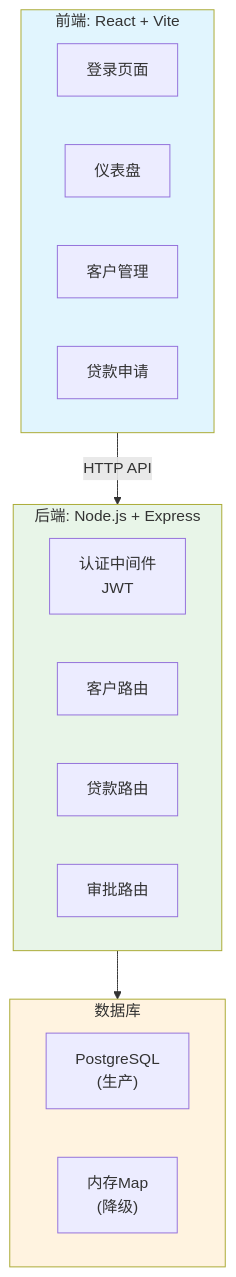
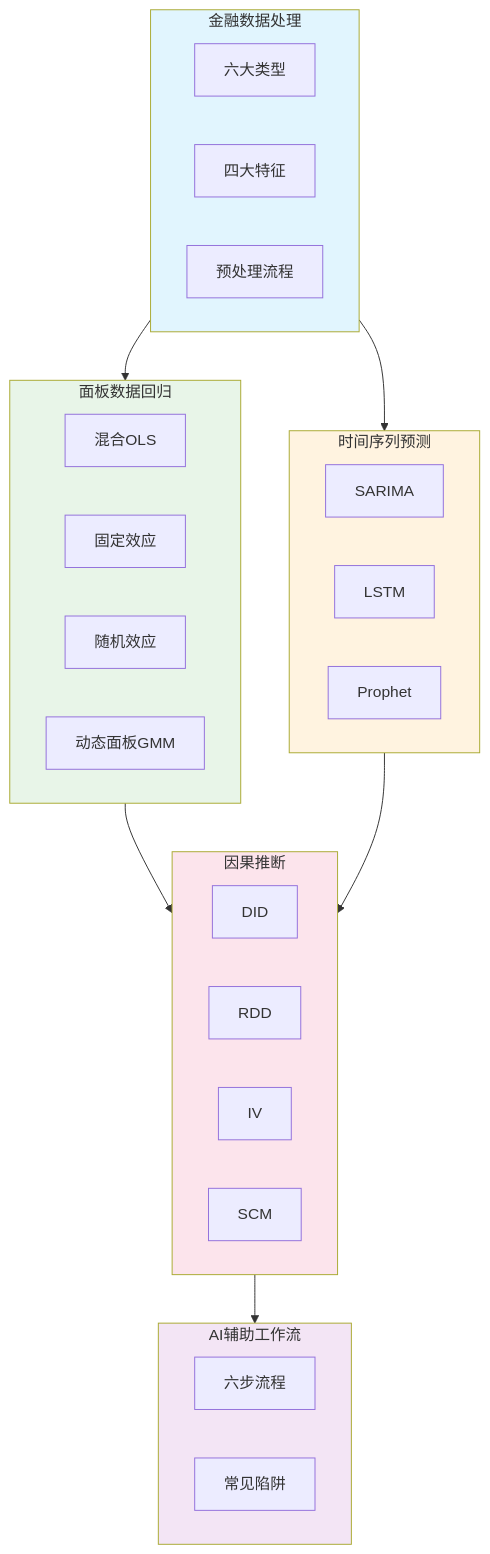
Before and after one commit to shawsicau-create/smartbanking: the third of 3 diagrams in webversion/src/content/docs/ch06.md, drawn with Mermaid. The commit also changed other lines of this file and 2 other files, not shown here.

````diff
--- a/webversion/src/content/docs/ch06.md
+++ b/webversion/src/content/docs/ch06.md
@@ -233,28 +2292,45 @@
 ```mermaid
 flowchart TB
-    subgraph Frontend["前端: React + Vite"]
-        F1["登录页面"]
-        F2["仪表盘"]
-        F3["客户管理"]
-        F4["贷款申请"]
+    subgraph Data["金融数据处理"]
+        D1["六大类型"]
+        D2["四大特征"]
+        D3["预处理流程"]
     end
     
-    subgraph Backend["后端: Node.js + Express"]
-        B1["认证中间件\nJWT"]
-        B2["客户路由"]
-        B3["贷款路由"]
-        B4["审批路由"]
+    subgraph Panel["面板数据回归"]
+        P1["混合OLS"]
+        P2["固定效应"]
+        P3["随机效应"]
+        P4["动态面板GMM"]
     end
     
-    subgraph Database["数据库"]
-        D1["PostgreSQL\n(生产)"]
-        D2["内存Map\n(降级)"]
+    subgraph Time["时间序列预测"]
+        T1["SARIMA"]
+        T2["LSTM"]
+        T3["Prophet"]
     end
     
-    Frontend -->|"HTTP API"| Backend
-    Backend --> Database
+    subgraph Causal["因果推断"]
+        C1["DID"]
+        C2["RDD"]
+        C3["IV"]
+        C4["SCM"]
+    end
     
-    style Frontend fill:#e1f5fe
-    style Backend fill:#e8f5e8
-    style Database fill:#fff3e0
+    subgraph Workflow["AI辅助工作流"]
+        W1["六步流程"]
+        W2["常见陷阱"]
+    end
+    
+    Data --> Panel
+    Data --> Time
+    Panel --> Causal
+    Time --> Causal
+    Causal --> Workflow
+    
+    style Data fill:#e1f5fe
+    style Panel fill:#e8f5e8
+    style Time fill:#fff3e0
+    style Causal fill:#fce4ec
+    style Workflow fill:#f3e5f5
 ```
````
